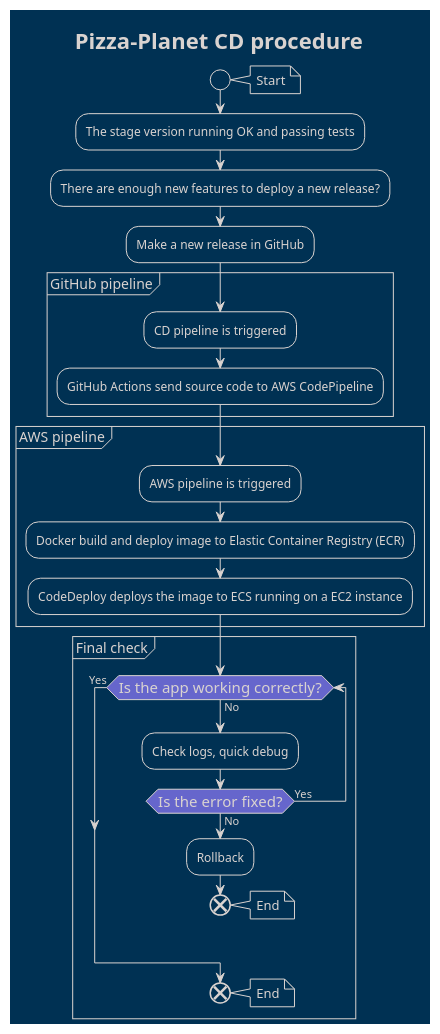
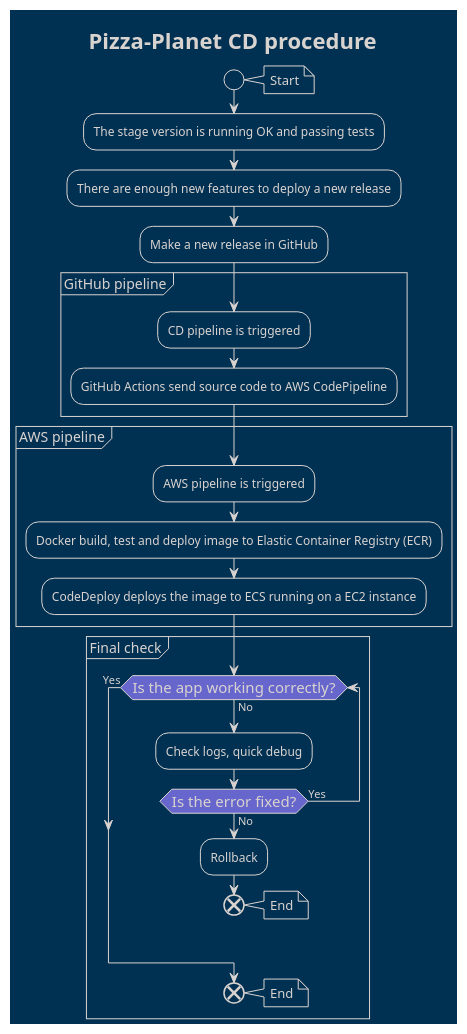
The diagram in app_diagrams/development_procedure.puml (mmaquina/pizza-planet), drawn with PlantUML before and after one commit.

Commit message:
fixed typos

```diff
--- a/app_diagrams/development_procedure.puml
+++ b/app_diagrams/development_procedure.puml
@@ -1,44 +1,43 @@
 @startuml CD_procedure
 !theme blueprint
 skinparam defaultFontName Arial
 
 <style>
 activityDiagram {
     diamond {
         BackgroundColor #6666cc
         FontSize 15
     }
 }
 </style>
 
 start
 note right: Start
-    :The stage version running OK and passing tests;
-    :There are enough new features to deploy a new release?;
+    :The stage version is running OK and passing tests;
+    :There are enough new features to deploy a new release;
     :Make a new release in GitHub;
     group GitHub pipeline
         :CD pipeline is triggered;
         :GitHub Actions send source code to AWS CodePipeline;
     end group
     group AWS pipeline
         :AWS pipeline is triggered;
-        :Docker build and deploy image to Elastic Container Registry (ECR);
+        :Docker build, test and deploy image to Elastic Container Registry (ECR);
         :CodeDeploy deploys the image to ECS running on a EC2 instance;
     end group
     group Final check
         while(Is the app working correctly?) is (No)
             :Check logs, quick debug;
             if(Is the error fixed?) then (No)
                 :Rollback;
                 end
                 note right: End
             else (Yes)
 
             endif
         endwhile(Yes)        
         end
         note right: End
 
-
 title Pizza-Planet CD procedure
 @enduml
```
